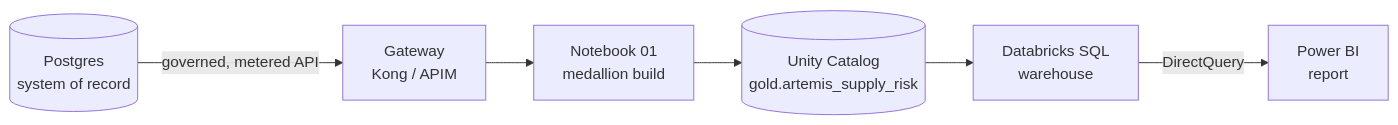
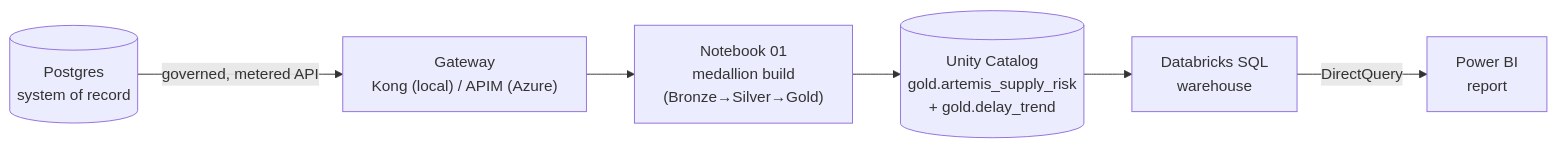
The diagram in docs/POWERBI-GUIDE.md (fgarofalo56/nasa-api-first-poc), drawn with Mermaid before and after one commit. The commit also changed other lines of this file and 40 other files, not shown here.

````diff
--- a/docs/POWERBI-GUIDE.md
+++ b/docs/POWERBI-GUIDE.md
@@ -21,8 +77,8 @@
 ```mermaid
 flowchart LR
-    SoR[(Postgres<br/>system of record)] -->|governed, metered API| GW[Gateway<br/>Kong / APIM]
-    GW --> NB[Notebook 01<br/>medallion build]
-    NB --> Gold[("Unity Catalog<br/>gold.artemis_supply_risk")]
-    Gold --> DBSQL[Databricks SQL<br/>warehouse]
-    DBSQL -->|DirectQuery| PBI[Power BI<br/>report]
+    SoR[("Postgres<br/>system of record")] -->|governed, metered API| GW["Gateway<br/>Kong (local) / APIM (Azure)"]
+    GW --> NB["Notebook 01<br/>medallion build<br/>(Bronze→Silver→Gold)"]
+    NB --> Gold[("Unity Catalog<br/>gold.artemis_supply_risk<br/>+ gold.delay_trend")]
+    Gold --> DBSQL["Databricks SQL<br/>warehouse"]
+    DBSQL -->|DirectQuery| PBI["Power BI<br/>report"]
 ```
````
